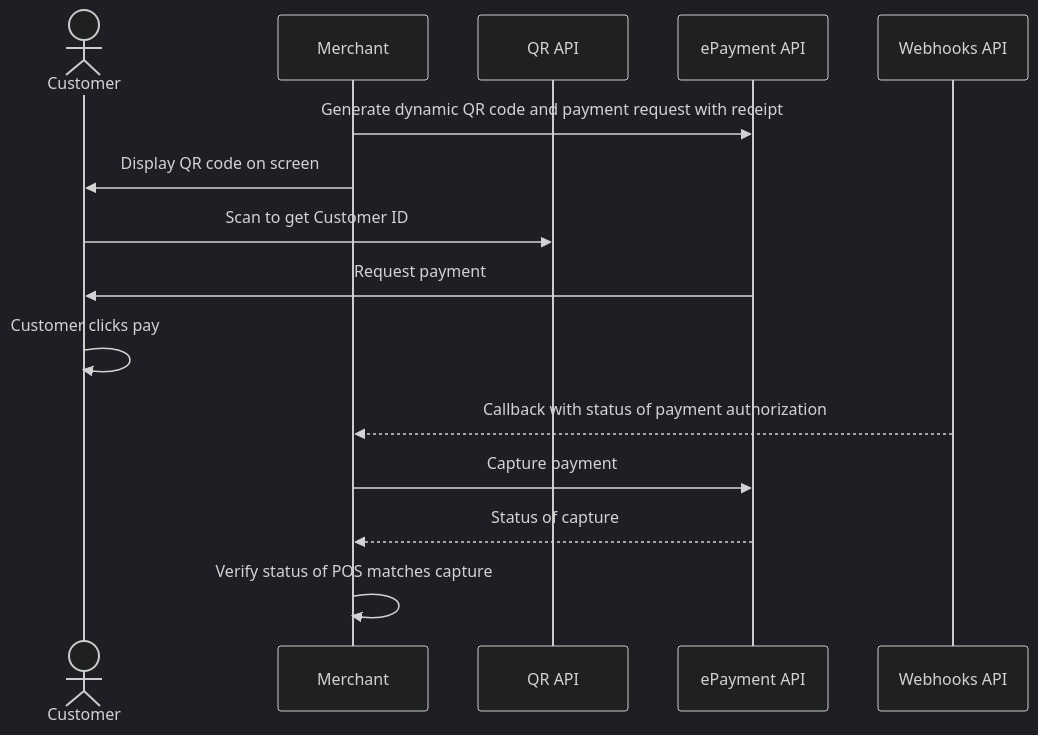
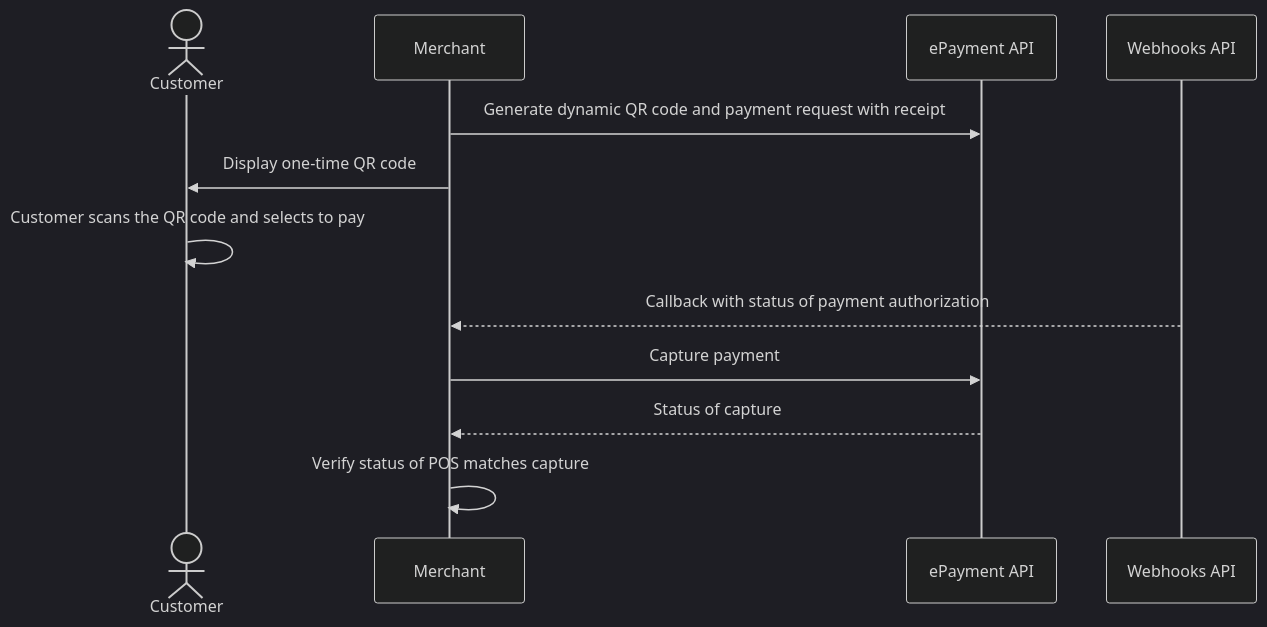
One commit to vippsas/vipps-solutions changed the diagram in vending-machines/one-time-payment.md. Above: the diagram before and after it, drawn with Mermaid (dark theme). The commit also changed other lines of this file, not shown here.

Commit message:
Update sequence diagram for one-time qr

````diff
--- a/vending-machines/one-time-payment.md
+++ b/vending-machines/one-time-payment.md
@@ -149,18 +154,15 @@
 ``` mermaid
 sequenceDiagram
     actor C as Customer
     participant M as Merchant
-    participant QR as QR API
     participant ePayment as ePayment API
     participant Webhooks as Webhooks API
 
     M->>ePayment: Generate dynamic QR code and payment request with receipt
-    M->>C: Display QR code on screen
-    C->>QR: Scan to get Customer ID
-    ePayment->>C: Request payment
-    C->>C: Customer clicks pay
+    M->>C: Display one-time QR code
+    C->>C: Customer scans the QR code and selects to pay
     Webhooks-->>M: Callback with status of payment authorization
     M->>ePayment: Capture payment
     ePayment-->>M: Status of capture
     M->>M: Verify status of POS matches capture
 ```
````
